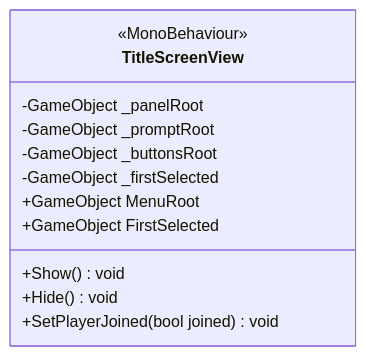
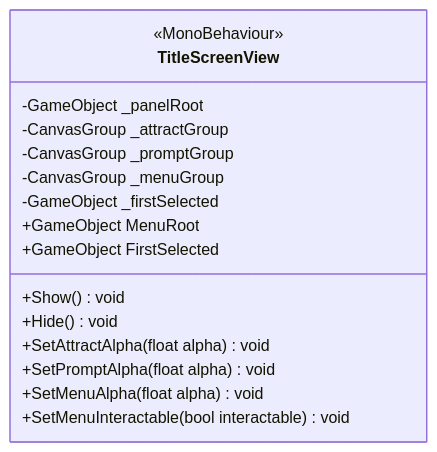
One commit to Chacashi/Alien-Farms changed the diagram in Docs/Arquitectura/Clases/UI/TitleScreenView.md. Above: the diagram before and after it, drawn with Mermaid. The commit also changed other lines of this file and 257 other files, not shown here.

````diff
--- a/Docs/Arquitectura/Clases/UI/TitleScreenView.md
+++ b/Docs/Arquitectura/Clases/UI/TitleScreenView.md
@@ -18,17 +18,21 @@
 ```mermaid
 classDiagram
   direction LR
   class TitleScreenView {
     <<MonoBehaviour>>
     -GameObject _panelRoot
-    -GameObject _promptRoot
-    -GameObject _buttonsRoot
+    -CanvasGroup _attractGroup
+    -CanvasGroup _promptGroup
+    -CanvasGroup _menuGroup
     -GameObject _firstSelected
     +GameObject MenuRoot
     +GameObject FirstSelected
     +Show() void
     +Hide() void
-    +SetPlayerJoined(bool joined) void
+    +SetAttractAlpha(float alpha) void
+    +SetPromptAlpha(float alpha) void
+    +SetMenuAlpha(float alpha) void
+    +SetMenuInteractable(bool interactable) void
   }
   classDef external fill:#eee,stroke:#999,stroke-dasharray: 4 3,color:#555
 ```
````
